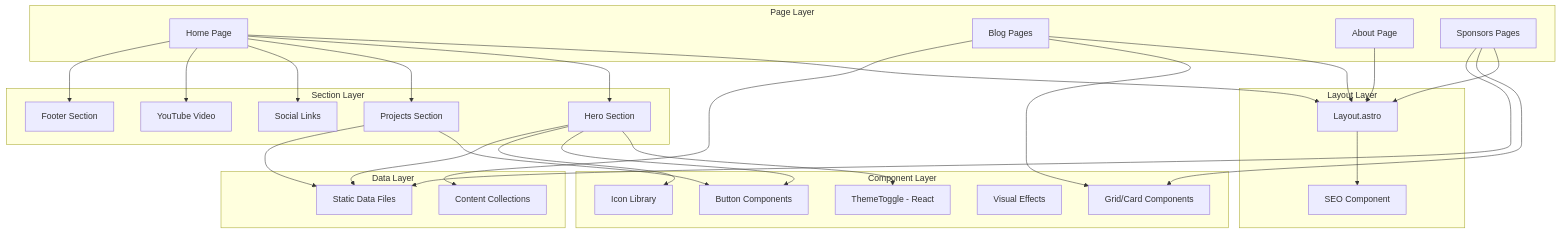
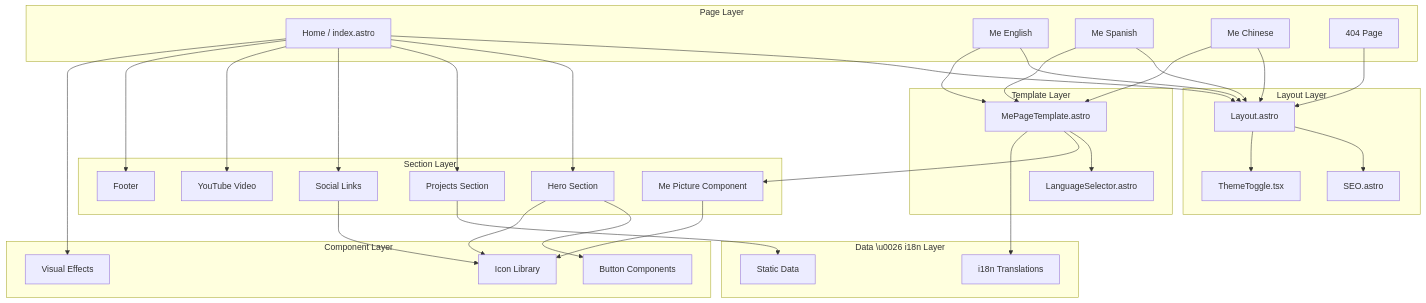
The diagram in ARCHITECTURE.md (gohitx/gohit.xyz), drawn with Mermaid before and after one commit. The commit also changed other lines of this file and 3 other files, not shown here.

````diff
--- a/ARCHITECTURE.md
+++ b/ARCHITECTURE.md
@@ -73,62 +97,70 @@
 ```mermaid
 graph TD
     subgraph "Page Layer"
-        Home[Home Page]
-        Blog[Blog Pages]
-        About[About Page]
-        Sponsors[Sponsors Pages]
+        Home[Home / index.astro]
+        MeEn[Me English]
+        MeEs[Me Spanish]
+        MeZh[Me Chinese]
+        Error[404 Page]
     end
 
     subgraph "Layout Layer"
         Layout[Layout.astro]
-        SEO[SEO Component]
+        SEO[SEO.astro]
+        Theme[ThemeToggle.tsx]
+    end
+
+    subgraph "Template Layer"
+        MeTemplate[MePageTemplate.astro]
+        LangSelector[LanguageSelector.astro]
     end
 
     subgraph "Section Layer"
         Hero[Hero Section]
         Projects[Projects Section]
         Social[Social Links]
         YouTube[YouTube Video]
-        Footer[Footer Section]
+        Footer[Footer]
+        MePicture[Me Picture Component]
     end
 
     subgraph "Component Layer"
-        Theme[ThemeToggle - React]
         Buttons[Button Components]
-        Grids[Grid/Card Components]
         Effects[Visual Effects]
         Icons[Icon Library]
     end
 
-    subgraph "Data Layer"
-        Content[Content Collections]
-        Static[Static Data Files]
+    subgraph "Data \u0026 i18n Layer"
+        i18nData[i18n Translations]
+        StaticData[Static Data]
     end
 
     Home --> Layout
-    Blog --> Layout
-    About --> Layout
-    Sponsors --> Layout
+    MeEn --> Layout
+    MeEs --> Layout
+    MeZh --> Layout
+    Error --> Layout
 
     Layout --> SEO
+    Layout --> Theme
+
+    MeEn --> MeTemplate
+    MeEs --> MeTemplate
+    MeZh --> MeTemplate
+    MeTemplate --> LangSelector
+    MeTemplate --> MePicture
+    MeTemplate --> i18nData
 
     Home --> Hero
     Home --> Projects
     Home --> Social
     Home --> YouTube
     Home --> Footer
+    Home --> Effects
 
-    Hero --> Theme
     Hero --> Buttons
     Hero --> Icons
-    Hero --> Static
-
-    Projects --> Buttons
-    Projects --> Static
-
-    Blog --> Grids
-    Blog --> Content
-
-    Sponsors --> Grids
-    Sponsors --> Static
+    Projects --> StaticData
+    Social --> Icons
+    MePicture --> Icons
 ```
````
